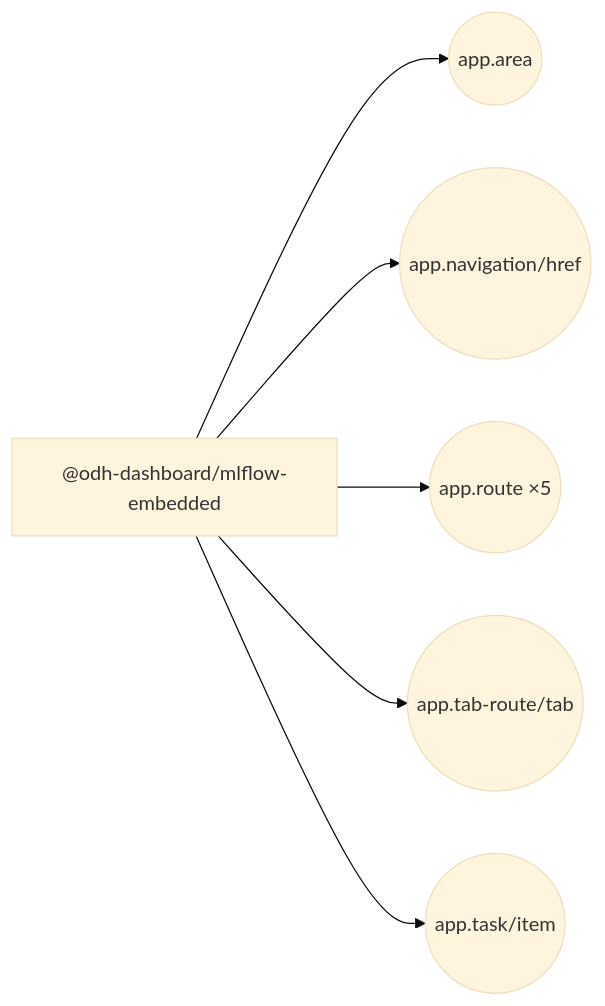
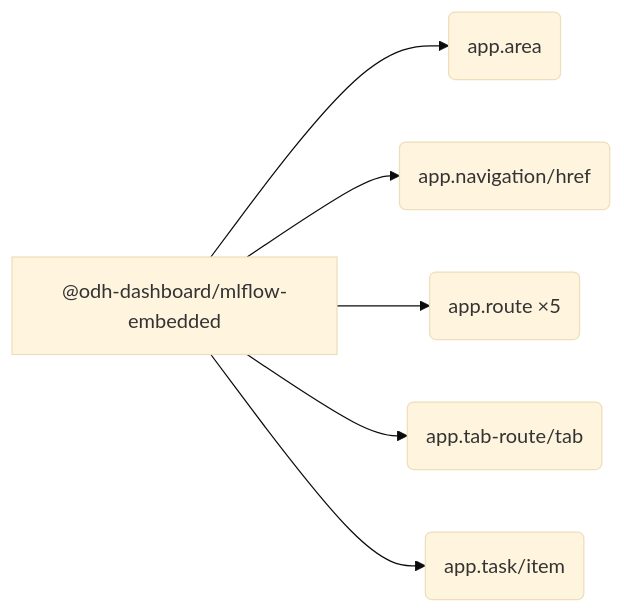
One commit to mturley/odh-dashboard changed the diagram in packages/mlflow-embedded/docs/extensions.md. Above: the diagram before and after it, drawn with Mermaid (base theme). The commit also changed 24 other files, not shown here.

````diff
--- a/packages/mlflow-embedded/docs/extensions.md
+++ b/packages/mlflow-embedded/docs/extensions.md
@@ -17,14 +17,14 @@
 ```mermaid
 flowchart LR
   pkg_n__odh_dashboard_mlflow_embedded_684930["@odh-dashboard/mlflow-embedded"]
-  point_n_app_area_bcfe23(("app.area"))
+  point_n_app_area_bcfe23("app.area")
   pkg_n__odh_dashboard_mlflow_embedded_684930 --> point_n_app_area_bcfe23
-  point_n_app_navigation_href_67179c(("app.navigation/href"))
+  point_n_app_navigation_href_67179c("app.navigation/href")
   pkg_n__odh_dashboard_mlflow_embedded_684930 --> point_n_app_navigation_href_67179c
-  point_n_app_route_2735df(("app.route ×5"))
+  point_n_app_route_2735df("app.route ×5")
   pkg_n__odh_dashboard_mlflow_embedded_684930 --> point_n_app_route_2735df
-  point_n_app_tab_route_tab_10b1cd(("app.tab-route/tab"))
+  point_n_app_tab_route_tab_10b1cd("app.tab-route/tab")
   pkg_n__odh_dashboard_mlflow_embedded_684930 --> point_n_app_tab_route_tab_10b1cd
-  point_n_app_task_item_001b33(("app.task/item"))
+  point_n_app_task_item_001b33("app.task/item")
   pkg_n__odh_dashboard_mlflow_embedded_684930 --> point_n_app_task_item_001b33
 ```
````
